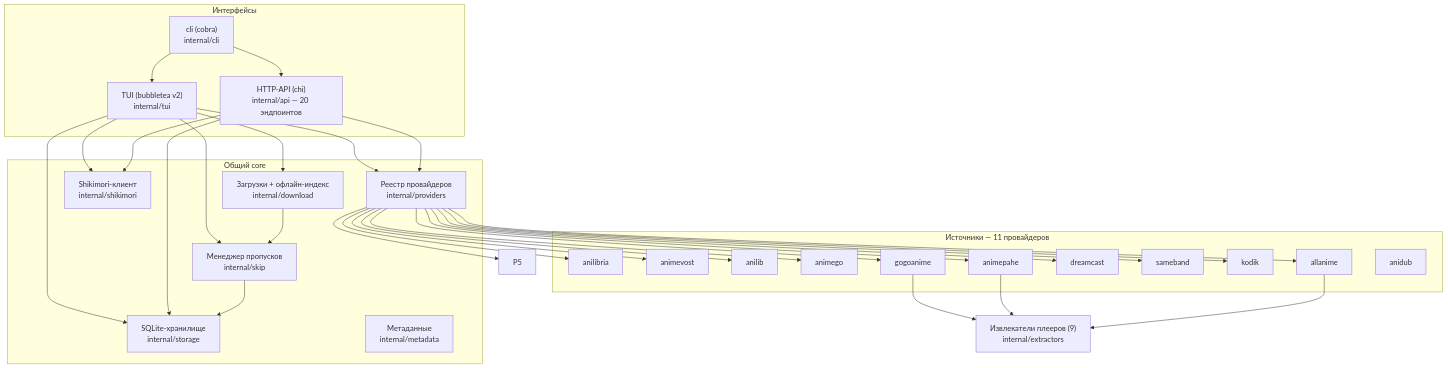
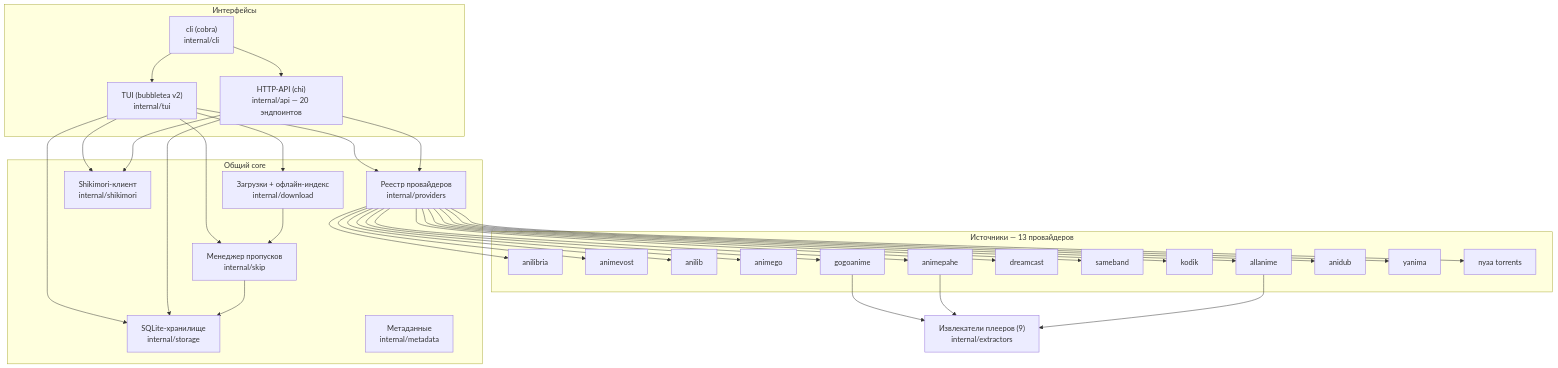
One commit to 4q4r/anicli-go changed the diagram in README.md. Above: the diagram before and after it, drawn with Mermaid. The commit also changed other lines of this file and 8 other files, not shown here.

````diff
--- a/README.md
+++ b/README.md
@@ -92,41 +92,43 @@
 ```mermaid
 graph TD
     subgraph interfaces["Интерфейсы"]
         TUI["TUI (bubbletea v2)<br/>internal/tui"]
         CLI["cli (cobra)<br/>internal/cli"]
         API["HTTP-API (chi)<br/>internal/api — 20 эндпоинтов"]
     end
 
     subgraph core["Общий core"]
         REG["Реестр провайдеров<br/>internal/providers"]
         SHIKI["Shikimori-клиент<br/>internal/shikimori"]
         SKIP["Менеджер пропусков<br/>internal/skip"]
         DL["Загрузки + офлайн-индекс<br/>internal/download"]
         ST["SQLite-хранилище<br/>internal/storage"]
         META["Метаданные<br/>internal/metadata"]
     end
 
-    subgraph sources["Источники — 11 провайдеров"]
+    subgraph sources["Источники — 13 провайдеров"]
         P1[anilibria]
         P2[animevost]
         P3[anilib]
         P4[animego]
         P6[gogoanime]
         P7[animepahe]
         P8[dreamcast]
         P9[sameband]
         P10[kodik]
         P11[allanime]
         P12[anidub]
+        P13[yanima]
+        P14[nyaa torrents]
     end
 
     EXT["Извлекатели плееров (9)<br/>internal/extractors"]
 
     TUI --> REG & SHIKI & SKIP & DL & ST
     API --> REG & SHIKI & ST
     CLI --> TUI & API
-    REG --> P1 & P2 & P3 & P4 & P5 & P6 & P7 & P8 & P9 & P10 & P11
+    REG --> P1 & P2 & P3 & P4 & P6 & P7 & P8 & P9 & P10 & P11 & P12 & P13 & P14
     P6 & P7 & P11 --> EXT
     SKIP --> ST
     DL --> SKIP
 ```
````
